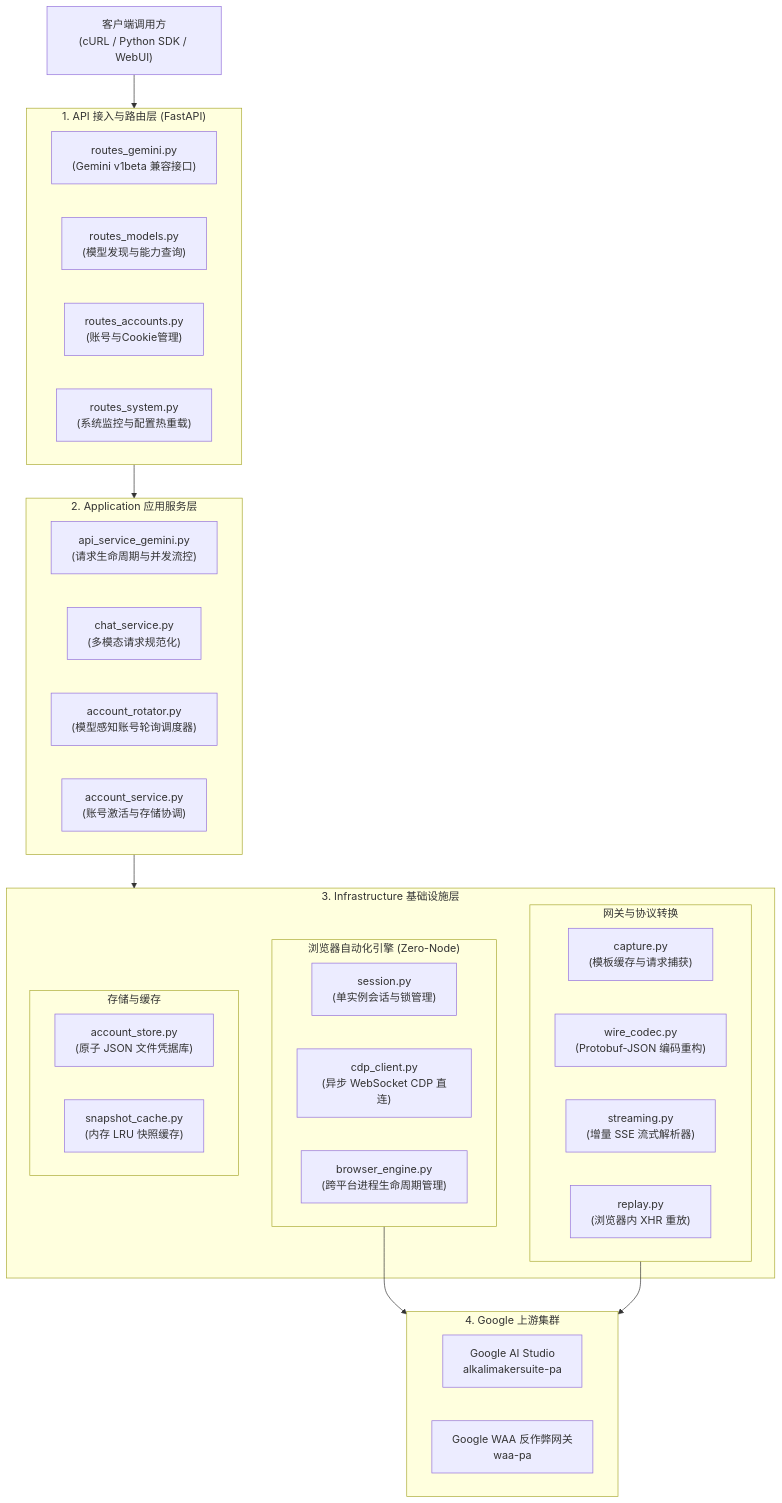
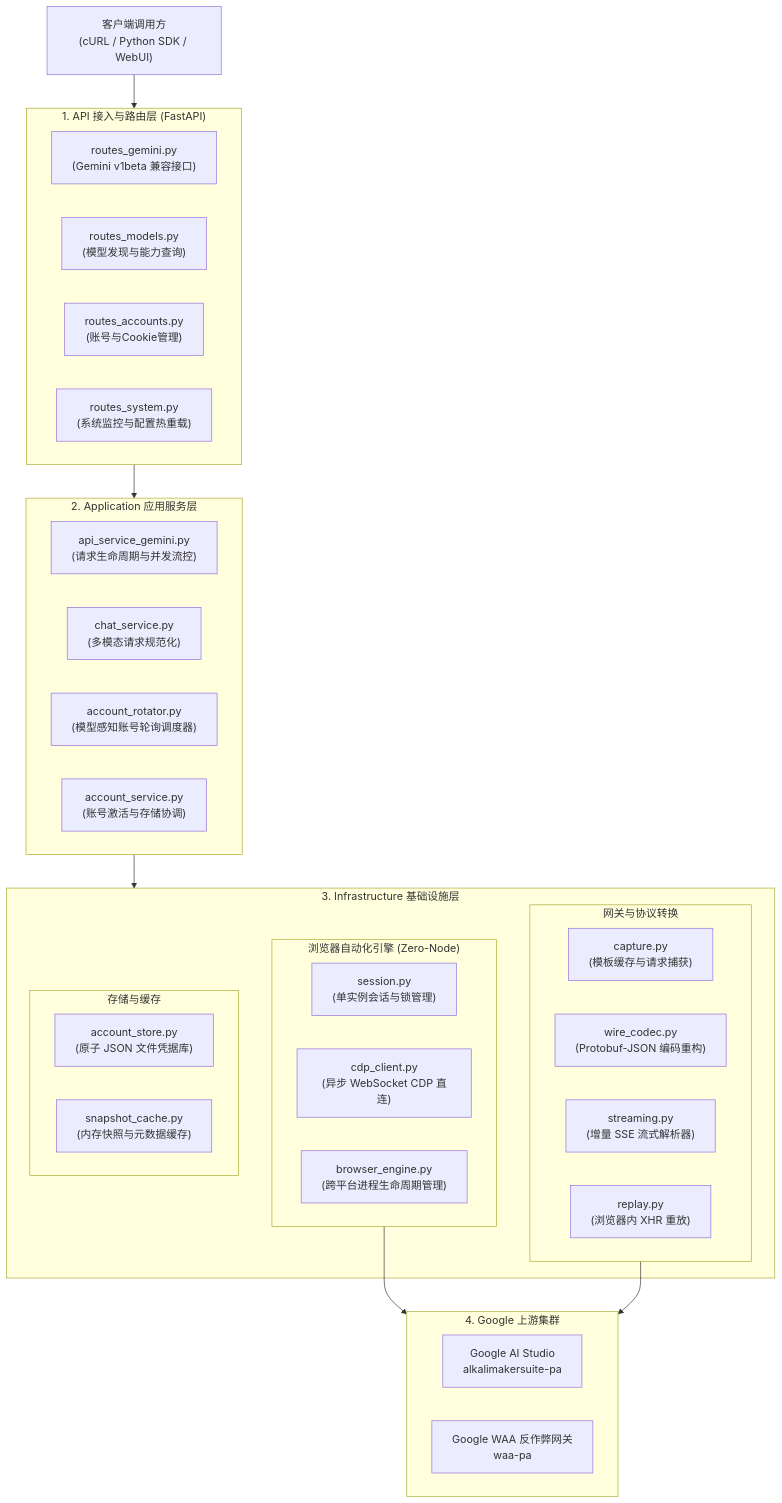
Before and after one commit to DeconstructedCube/aistudio-api: the first of 2 diagrams in docs/ARCHITECTURE.md, drawn with Mermaid. The commit also changed other lines of this file and 1 other file, not shown here.

Commit message:
docs: align .env.example with runtime settings and correct architecture doc

````diff
--- a/docs/ARCHITECTURE.md
+++ b/docs/ARCHITECTURE.md
@@ -11,49 +11,49 @@
 ```mermaid
 flowchart TD
     Client["客户端调用方<br/>(cURL / Python SDK / WebUI)"]
 
     subgraph APILayer ["1. API 接入与路由层 (FastAPI)"]
         RoutesGemini["routes_gemini.py<br/>(Gemini v1beta 兼容接口)"]
         RoutesModels["routes_models.py<br/>(模型发现与能力查询)"]
         RoutesAccounts["routes_accounts.py<br/>(账号与Cookie管理)"]
         RoutesSystem["routes_system.py<br/>(系统监控与配置热重载)"]
     end
 
     subgraph AppLayer ["2. Application 应用服务层"]
         APISvc["api_service_gemini.py<br/>(请求生命周期与并发流控)"]
         ChatSvc["chat_service.py<br/>(多模态请求规范化)"]
         AccountRotator["account_rotator.py<br/>(模型感知账号轮询调度器)"]
         AccountSvc["account_service.py<br/>(账号激活与存储协调)"]
     end
 
     subgraph InfraLayer ["3. Infrastructure 基础设施层"]
         subgraph GatewaySub ["网关与协议转换"]
             CaptureSvc["capture.py<br/>(模板缓存与请求捕获)"]
             WireCodec["wire_codec.py<br/>(Protobuf-JSON 编码重构)"]
             StreamingGateway["streaming.py<br/>(增量 SSE 流式解析器)"]
             ReplaySvc["replay.py<br/>(浏览器内 XHR 重放)"]
         end
 
         subgraph BrowserSub ["浏览器自动化引擎 (Zero-Node)"]
             BrowserSession["session.py<br/>(单实例会话与锁管理)"]
             CDPClient["cdp_client.py<br/>(异步 WebSocket CDP 直连)"]
             BrowserEngine["browser_engine.py<br/>(跨平台进程生命周期管理)"]
         end
 
         subgraph StorageSub ["存储与缓存"]
             AccountStore["account_store.py<br/>(原子 JSON 文件凭据库)"]
-            SnapshotCache["snapshot_cache.py<br/>(内存 LRU 快照缓存)"]
+            SnapshotCache["snapshot_cache.py<br/>(内存快照与元数据缓存)"]
         end
     end
 
     subgraph Upstream ["4. Google 上游集群"]
         AIStudio["Google AI Studio<br/>alkalimakersuite-pa"]
         Waa["Google WAA 反作弊网关<br/>waa-pa"]
     end
 
     Client --> APILayer
     APILayer --> AppLayer
     AppLayer --> InfraLayer
     BrowserSub --> Upstream
     GatewaySub --> Upstream
 ```
````
